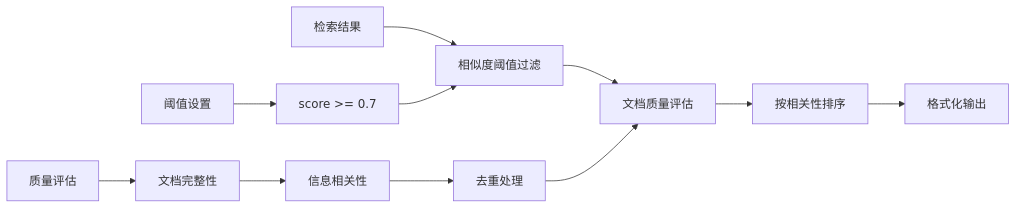
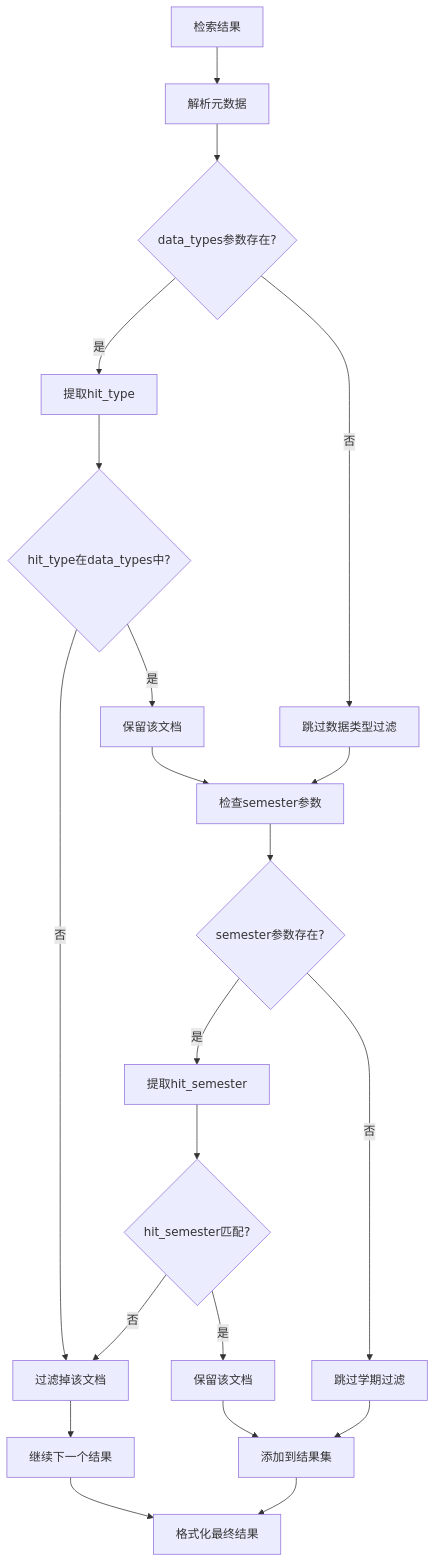
One commit to ghbbn053-ship-itsoulddog/soulddog changed diagram 13 of 22 in .qoder/repowiki/zh/content/AI智能问答系统/RAG架构设计.md. Above: the diagram before and after it, drawn with Mermaid. The commit also changed other lines of this file and 119 other files, not shown here.

````diff
--- a/.qoder/repowiki/zh/content/AI智能问答系统/RAG架构设计.md
+++ b/.qoder/repowiki/zh/content/AI智能问答系统/RAG架构设计.md
@@ -493,13 +512,23 @@
 ```mermaid
-flowchart LR
-A[检索结果] --> B[相似度阈值过滤]
-B --> C[文档质量评估]
-C --> D[按相关性排序]
-D --> E[格式化输出]
-F[阈值设置] --> G[score >= 0.7]
-G --> B
-H[质量评估] --> I[文档完整性]
-I --> J[信息相关性]
-J --> K[去重处理]
-K --> C
+flowchart TD
+A[检索结果] --> B[解析元数据]
+B --> C{data_types参数存在?}
+C --> |是| D[提取hit_type]
+D --> E{hit_type在data_types中?}
+E --> |否| F[过滤掉该文档]
+E --> |是| G[保留该文档]
+C --> |否| H[跳过数据类型过滤]
+H --> I[检查semester参数]
+G --> I
+I --> J{semester参数存在?}
+J --> |是| K[提取hit_semester]
+K --> L{hit_semester匹配?}
+L --> |否| F
+L --> |是| M[保留该文档]
+J --> |否| N[跳过学期过滤]
+M --> O[添加到结果集]
+N --> O
+F --> P[继续下一个结果]
+O --> Q[格式化最终结果]
+P --> Q
 ```
````
